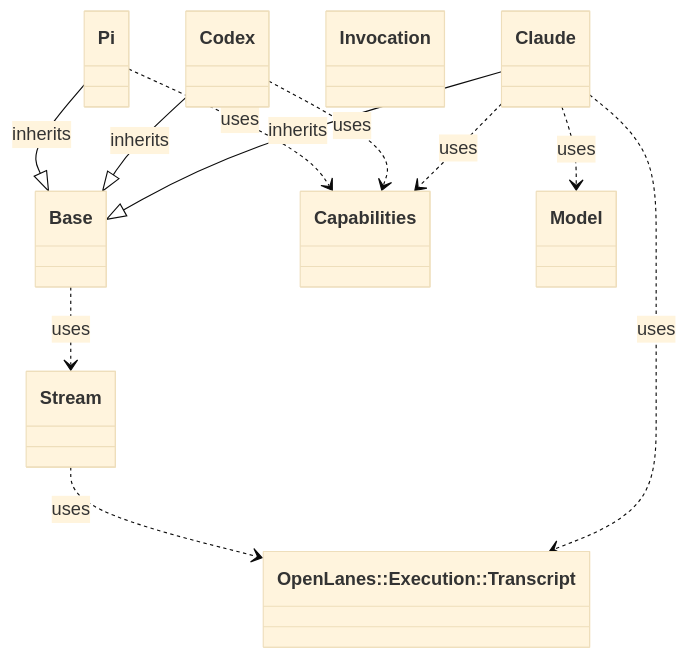
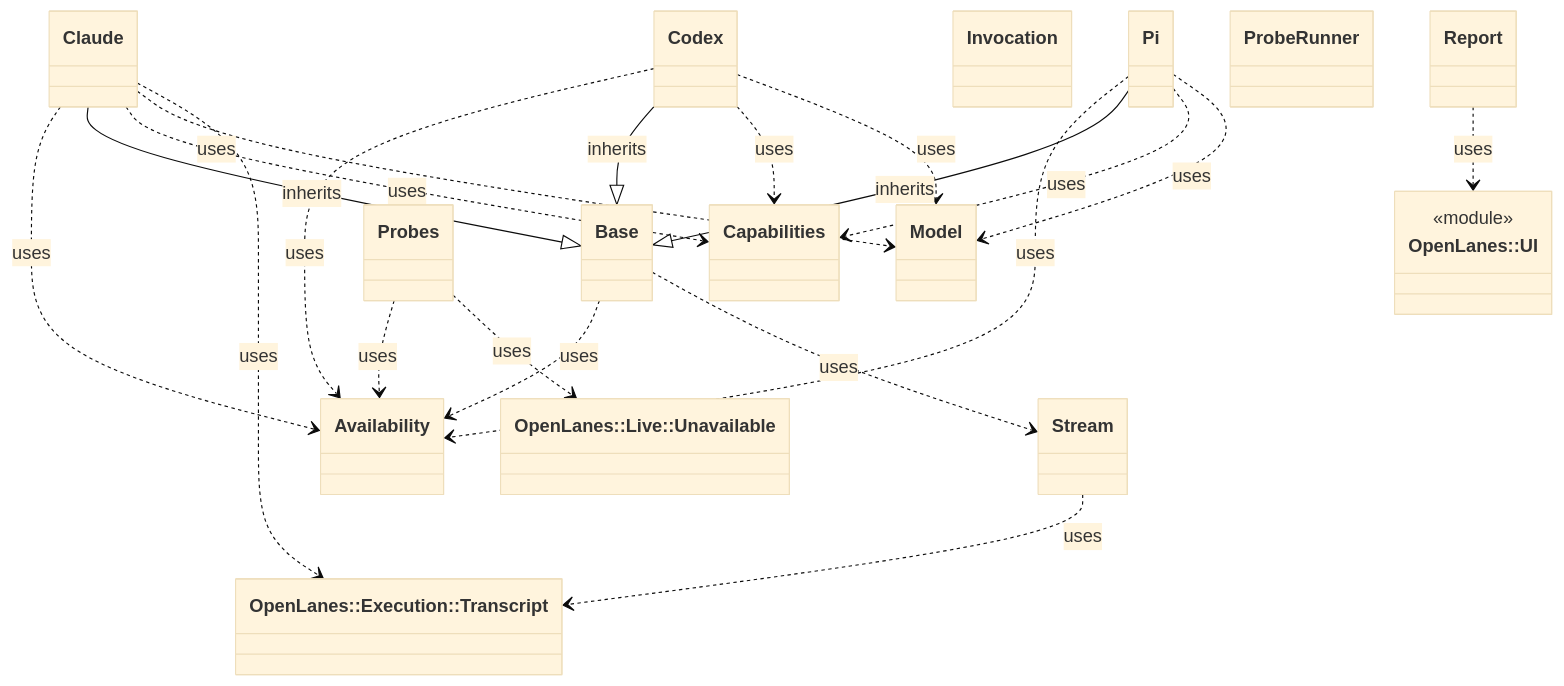
Before and after one commit to kigster/openlanes: the diagram in docs/architecture/openlanes-adapters.md, drawn with Mermaid (base theme). The commit also changed 4 other files, not shown here.

Commit message:
Regenerate architecture docs, tick plan 040 PR 2

````diff
--- a/docs/architecture/openlanes-adapters.md
+++ b/docs/architecture/openlanes-adapters.md
@@ -5,22 +5,38 @@
 ```mermaid
 classDiagram
+  class OpenLanes__Adapters__Availability["Availability"]
   class OpenLanes__Adapters__Base["Base"]
   class OpenLanes__Adapters__Capabilities["Capabilities"]
   class OpenLanes__Adapters__Claude["Claude"]
   class OpenLanes__Adapters__Codex["Codex"]
   class OpenLanes__Adapters__Invocation["Invocation"]
   class OpenLanes__Adapters__Model["Model"]
   class OpenLanes__Adapters__Pi["Pi"]
+  class OpenLanes__Adapters__ProbeRunner["ProbeRunner"]
+  class OpenLanes__Adapters__Probes["Probes"]
+  class OpenLanes__Adapters__Report["Report"]
   class OpenLanes__Adapters__Stream["Stream"]
   class OpenLanes__Execution__Transcript["OpenLanes::Execution::Transcript"]
+  class OpenLanes__Live__Unavailable["OpenLanes::Live::Unavailable"]
+  class OpenLanes__UI["OpenLanes::UI"]
+  <<module>> OpenLanes__UI
+  OpenLanes__Adapters__Base ..> OpenLanes__Adapters__Availability : uses
   OpenLanes__Adapters__Base ..> OpenLanes__Adapters__Stream : uses
+  OpenLanes__Adapters__Claude ..> OpenLanes__Adapters__Availability : uses
   OpenLanes__Adapters__Claude --|> OpenLanes__Adapters__Base : inherits
   OpenLanes__Adapters__Claude ..> OpenLanes__Adapters__Capabilities : uses
   OpenLanes__Adapters__Claude ..> OpenLanes__Adapters__Model : uses
   OpenLanes__Adapters__Claude ..> OpenLanes__Execution__Transcript : uses
+  OpenLanes__Adapters__Codex ..> OpenLanes__Adapters__Availability : uses
   OpenLanes__Adapters__Codex --|> OpenLanes__Adapters__Base : inherits
   OpenLanes__Adapters__Codex ..> OpenLanes__Adapters__Capabilities : uses
+  OpenLanes__Adapters__Codex ..> OpenLanes__Adapters__Model : uses
+  OpenLanes__Adapters__Pi ..> OpenLanes__Adapters__Availability : uses
   OpenLanes__Adapters__Pi --|> OpenLanes__Adapters__Base : inherits
   OpenLanes__Adapters__Pi ..> OpenLanes__Adapters__Capabilities : uses
+  OpenLanes__Adapters__Pi ..> OpenLanes__Adapters__Model : uses
+  OpenLanes__Adapters__Probes ..> OpenLanes__Adapters__Availability : uses
+  OpenLanes__Adapters__Probes ..> OpenLanes__Live__Unavailable : uses
+  OpenLanes__Adapters__Report ..> OpenLanes__UI : uses
   OpenLanes__Adapters__Stream ..> OpenLanes__Execution__Transcript : uses
 ```
````
